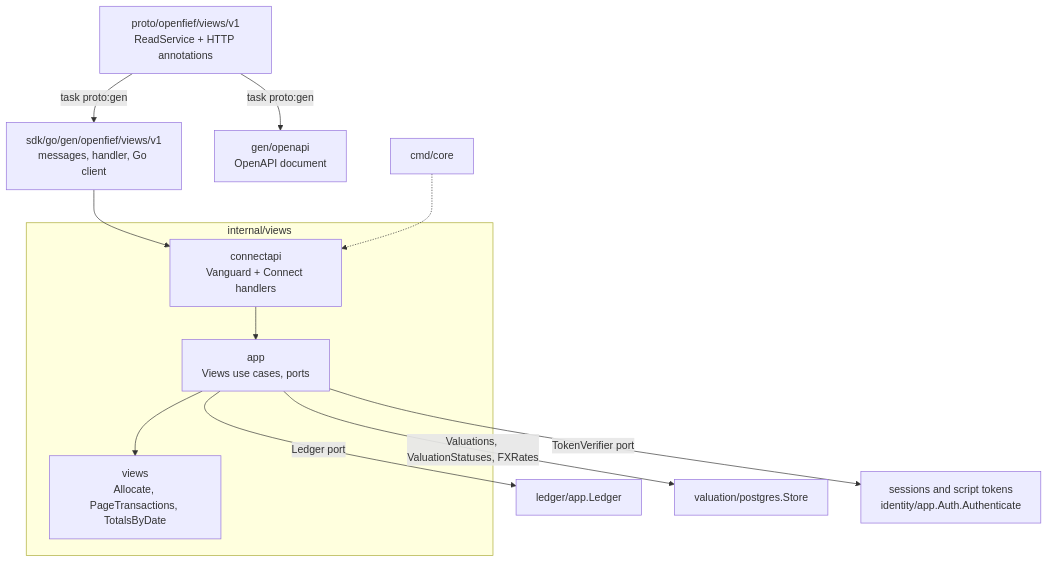
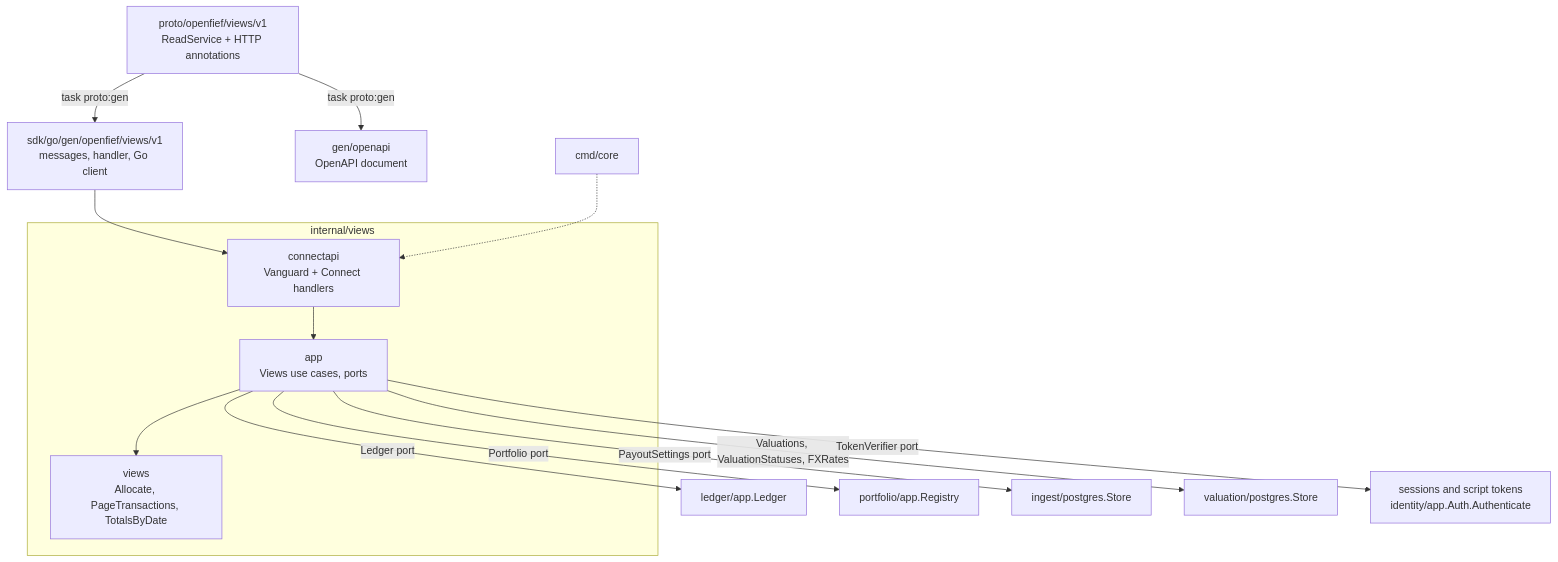
The first of 4 diagrams in docs/concepts/read-api.md (arkadiuss/openfief), drawn with Mermaid before and after one commit. The commit also changed other lines of this file and 292 other files, not shown here.

First line of the commit message:
refactor: sleeves move to portfolio, the payout setting to ingest (DDD-1)

````diff
--- a/docs/concepts/read-api.md
+++ b/docs/concepts/read-api.md
@@ -74,17 +74,19 @@
 ```mermaid
 flowchart TB
   proto["proto/openfief/views/v1<br/>ReadService + HTTP annotations"] -- "task proto:gen" --> gen["sdk/go/gen/openfief/views/v1<br/>messages, handler, Go client"]
   proto -- "task proto:gen" --> oas["gen/openapi<br/>OpenAPI document"]
   subgraph views["internal/views"]
     connectapi["connectapi<br/>Vanguard + Connect handlers"]
     app["app<br/>Views use cases, ports"]
     pure["views<br/>Allocate, PageTransactions, TotalsByDate"]
   end
   gen --> connectapi
   connectapi --> app
   app --> pure
   app -- "Ledger port" --> ledger["ledger/app.Ledger"]
+  app -- "Portfolio port" --> registry["portfolio/app.Registry"]
+  app -- "PayoutSettings port" --> istore["ingest/postgres.Store"]
   app -- "Valuations, ValuationStatuses, FXRates" --> vstore["valuation/postgres.Store"]
   app -- "TokenVerifier port" --> tokens["sessions and script tokens<br/>identity/app.Auth.Authenticate"]
   bin["cmd/core"] -.-> connectapi
 ```
````
